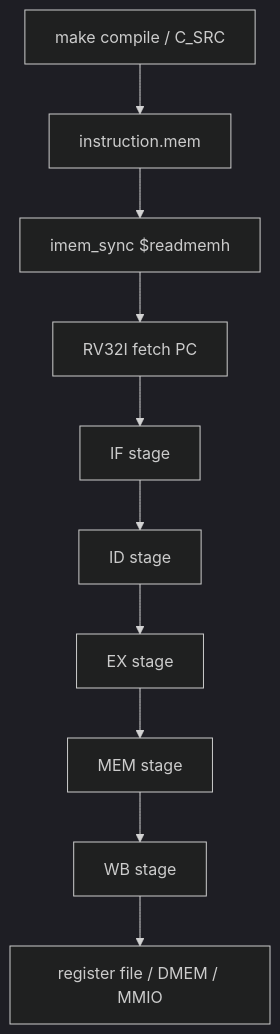
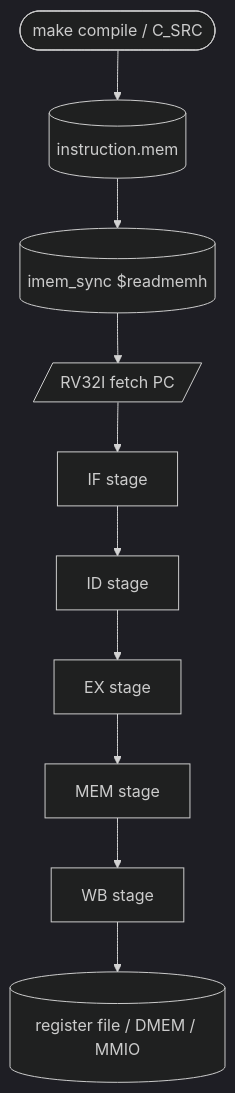
Before and after one commit to ngoquocan139/AES_huffman_all6: the first of 3 diagrams in docs/rv32i_instruction_mem_to_pipeline_flow_spec.md, drawn with Mermaid (dark theme). The commit also changed other lines of this file and 28 other files, not shown here.

````diff
--- a/docs/rv32i_instruction_mem_to_pipeline_flow_spec.md
+++ b/docs/rv32i_instruction_mem_to_pipeline_flow_spec.md
@@ -35,12 +35,12 @@
 ```mermaid
 flowchart TD
-  A["make compile / C_SRC"] --> B["instruction.mem"]
-  B --> C["imem_sync $readmemh"]
-  C --> D["RV32I fetch PC"]
+  A(["make compile / C_SRC"]) --> B[("instruction.mem")]
+  B --> C[("imem_sync $readmemh")]
+  C --> D[/"RV32I fetch PC"/]
   D --> E["IF stage"]
   E --> F["ID stage"]
   F --> G["EX stage"]
   G --> H["MEM stage"]
   H --> I["WB stage"]
-  I --> J["register file / DMEM / MMIO"]
+  I --> J[("register file / DMEM / MMIO")]
 ```
````
